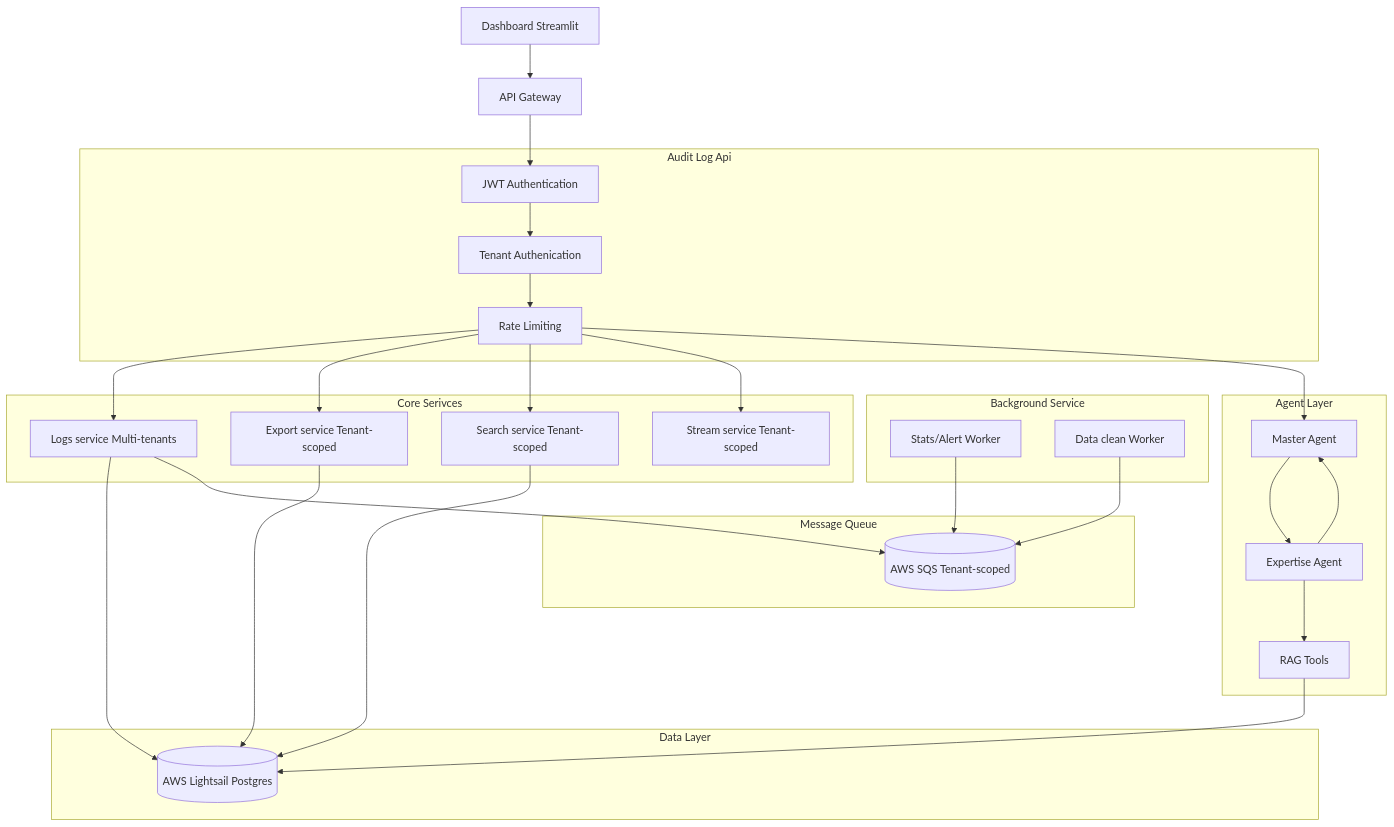
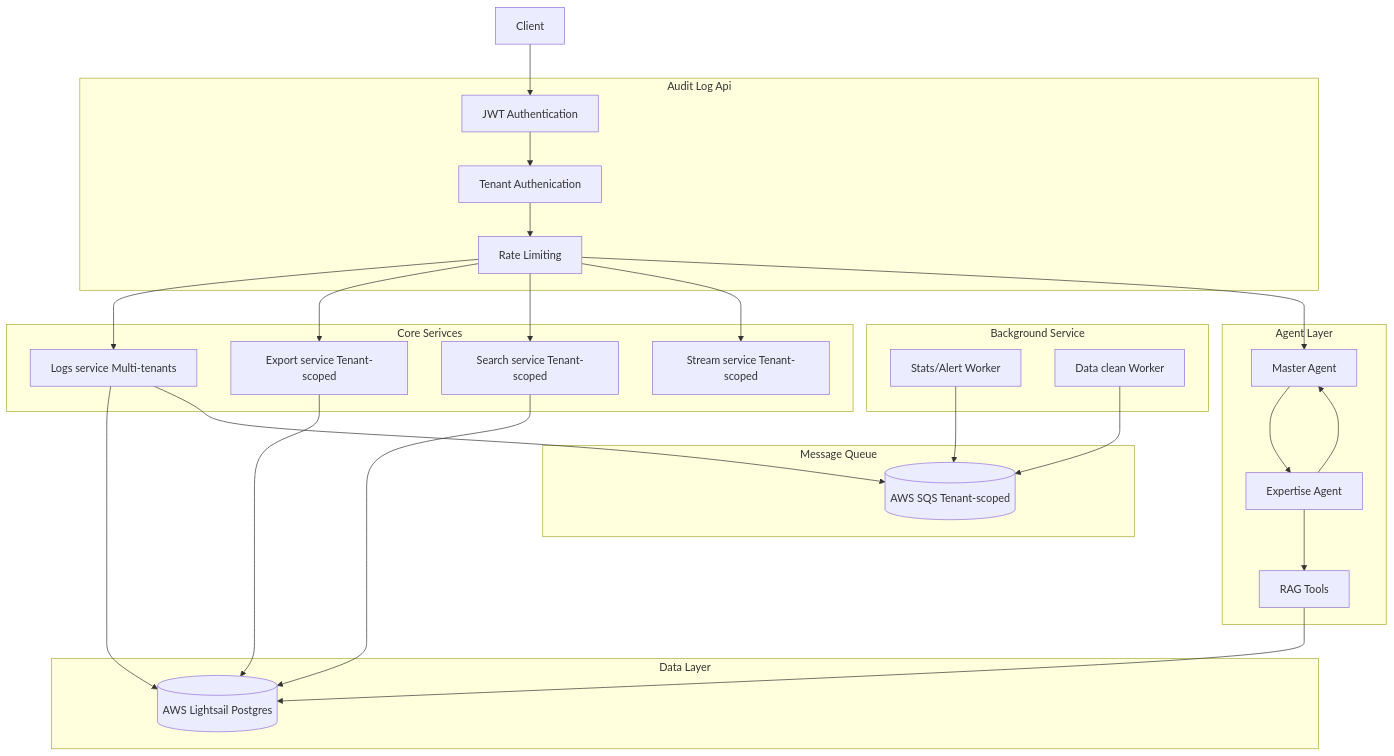
One commit to thinhsuy/audit-log-api changed the diagram in README.md. Above: the diagram before and after it, drawn with Mermaid. The commit also changed 1 other file, not shown here.

Commit message:
hotfix: syntax error README

````diff
--- a/README.md
+++ b/README.md
@@ -203,42 +203,41 @@
 ```mermaid
 flowchart TD
   subgraph subGraph0["Audit Log Api"]
     JWT["JWT Authentication"]
     TA["Tenant Authenication"]
     RATE["Rate Limiting"]
   end
   subgraph subGraph1["Core Serivces"]
     LOGS["Logs service Multi-tenants"]
     EXPORT["Export service Tenant-scoped"]
     SEARCH["Search service Tenant-scoped"]
     STREAM["Stream service Tenant-scoped"]
   end
   subgraph subGraph2["Data Layer"]
         POSTGRES[("AWS Lightsail Postgres")]
   end
   subgraph subGraph3["Message Queue"]
     SQS[("AWS SQS Tenant-scoped")]
   end
   subgraph subGraph4["Background Service"]
     STATS["Stats/Alert Worker"]
     CLEAN["Data clean Worker"]
   end
   subgraph subGraph5["Agent Layer"]
     MASTER["Master Agent"]
     EXPERTISE["Expertise Agent"]
     TOOLS["RAG Tools"]
   end
-  UI["Dashboard Streamlit"] --> GATE["API Gateway"]
-  GATE --> JWT 
+  Client --> JWT
   JWT --> TA
   TA --> RATE
   RATE --> LOGS & EXPORT & SEARCH & STREAM & MASTER
   LOGS --> POSTGRES & SQS
   EXPORT --> POSTGRES
   SEARCH --> POSTGRES
   STATS --> SQS
   CLEAN --> SQS
   MASTER --> EXPERTISE
   EXPERTISE --> MASTER & TOOLS
   TOOLS --> POSTGRES
 ```
````
